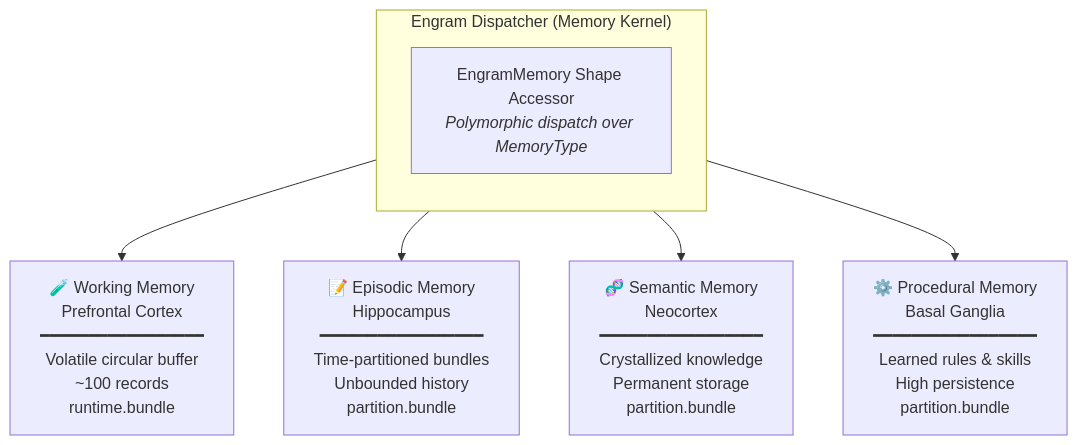
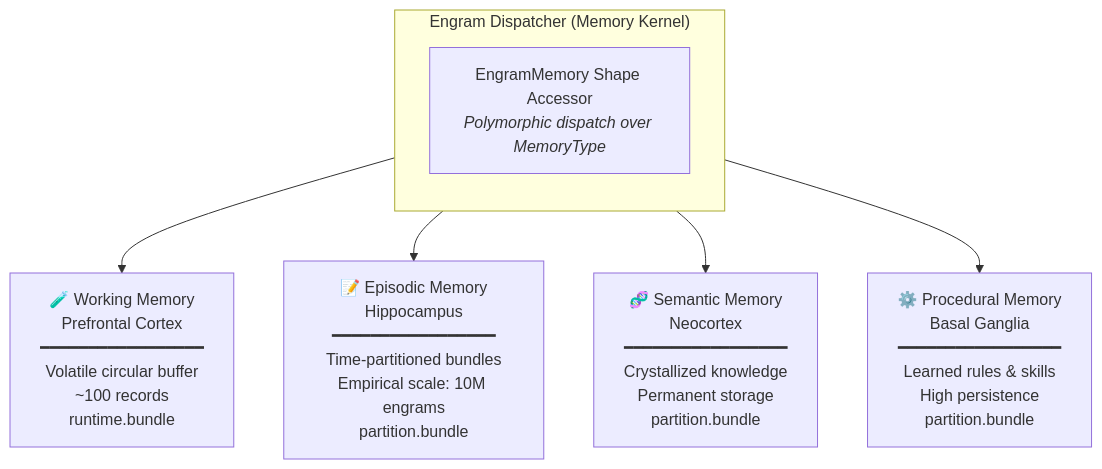
The first of 2 diagrams in docs/memory/tiers.md (spectrayan/spector), drawn with Mermaid before and after one commit. The commit also changed other lines of this file and 85 other files, not shown here.

````diff
--- a/docs/memory/tiers.md
+++ b/docs/memory/tiers.md
@@ -14,12 +14,12 @@
 ```mermaid
 graph TB
     subgraph "Engram Dispatcher (Memory Kernel)"
         direction TB
         DISP["EngramMemory Shape Accessor<br/><i>Polymorphic dispatch over MemoryType</i>"]
     end
     
     DISP --> WM["🧪 Working Memory<br/>Prefrontal Cortex<br/>━━━━━━━━━━━━━━━━━<br/>Volatile circular buffer<br/>~100 records<br/>runtime.bundle"]
-    DISP --> EM["📝 Episodic Memory<br/>Hippocampus<br/>━━━━━━━━━━━━━━━━━<br/>Time-partitioned bundles<br/>Unbounded history<br/>partition.bundle"]
+    DISP --> EM["📝 Episodic Memory<br/>Hippocampus<br/>━━━━━━━━━━━━━━━━━<br/>Time-partitioned bundles<br/>Empirical scale: 10M engrams<br/>partition.bundle"]
     DISP --> SE["🧬 Semantic Memory<br/>Neocortex<br/>━━━━━━━━━━━━━━━━━<br/>Crystallized knowledge<br/>Permanent storage<br/>partition.bundle"]
     DISP --> PR["⚙️ Procedural Memory<br/>Basal Ganglia<br/>━━━━━━━━━━━━━━━━━<br/>Learned rules & skills<br/>High persistence<br/>partition.bundle"]
 ```
````
